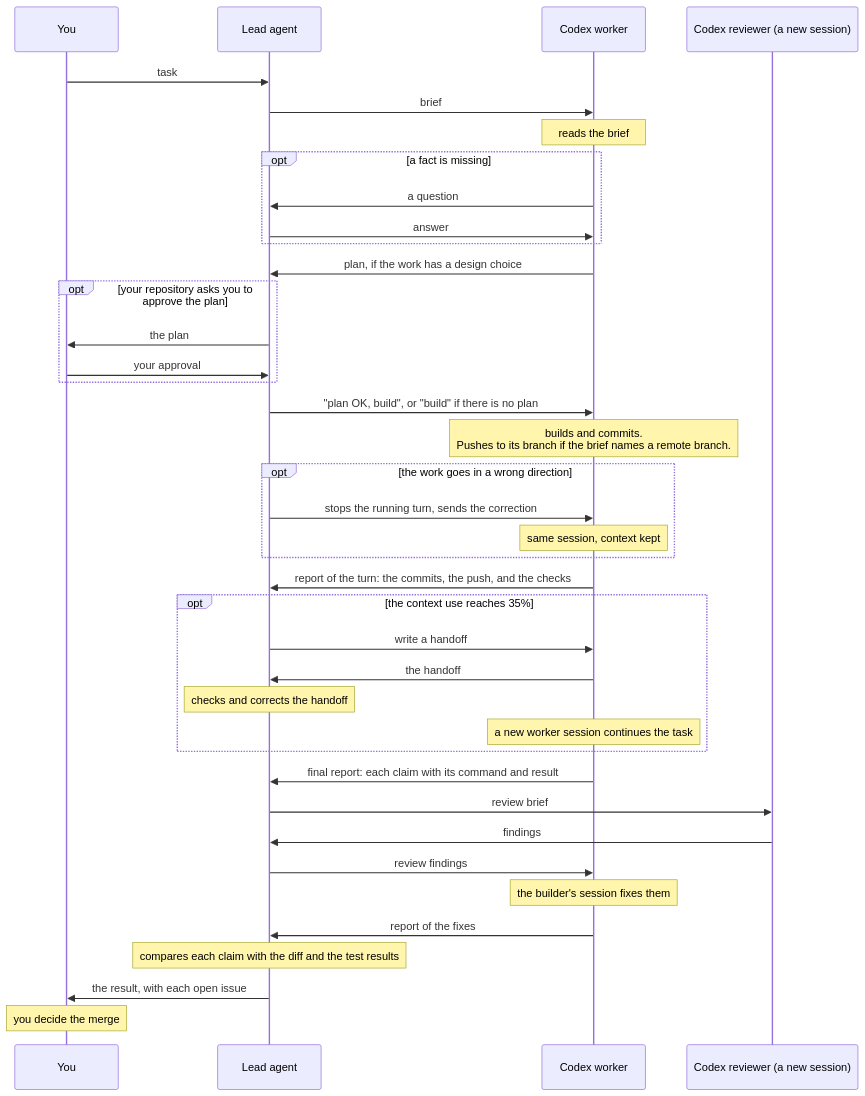
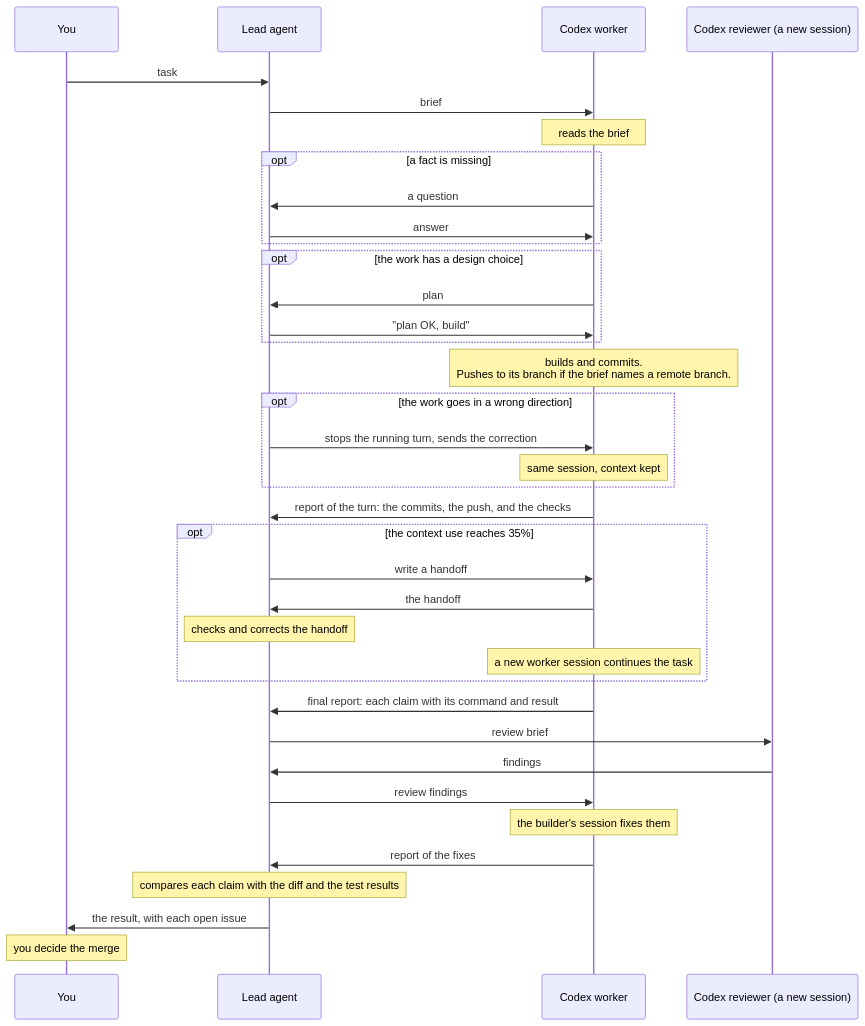
Before and after one commit to binhle312/cty1ng: the second of 2 diagrams in .agents/skills/codex-workers/GUIDE.md, drawn with Mermaid. The commit also changed other lines of this file, not shown here.

````diff
--- a/.agents/skills/codex-workers/GUIDE.md
+++ b/.agents/skills/codex-workers/GUIDE.md
@@ -40,42 +40,40 @@
 ```mermaid
 sequenceDiagram
   participant Y as You
   participant L as Lead agent
   participant W as Codex worker
   participant R as Codex reviewer (a new session)
 
   Y->>L: task
   L->>W: brief
   Note over W: reads the brief
   opt a fact is missing
     W->>L: a question
     L->>W: answer
   end
-  W->>L: plan, if the work has a design choice
-  opt your repository asks you to approve the plan
-    L->>Y: the plan
-    Y->>L: your approval
+  opt the work has a design choice
+    W->>L: plan
+    L->>W: "plan OK, build"
   end
-  L->>W: "plan OK, build", or "build" if there is no plan
   Note over W: builds and commits.<br/>Pushes to its branch if the brief names a remote branch.
   opt the work goes in a wrong direction
     L->>W: stops the running turn, sends the correction
     Note over W: same session, context kept
   end
   W->>L: report of the turn: the commits, the push, and the checks
   opt the context use reaches 35%
     L->>W: write a handoff
     W->>L: the handoff
     Note over L: checks and corrects the handoff
     Note over W: a new worker session continues the task
   end
   W->>L: final report: each claim with its command and result
   L->>R: review brief
   R->>L: findings
   L->>W: review findings
   Note over W: the builder's session fixes them
   W->>L: report of the fixes
   Note over L: compares each claim with the diff and the test results
   L->>Y: the result, with each open issue
   Note over Y: you decide the merge
 ```
````
